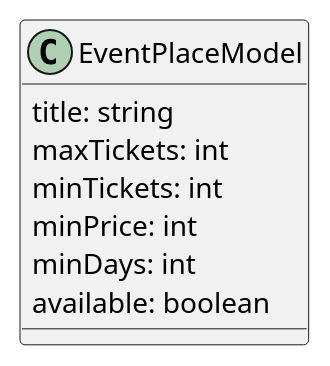
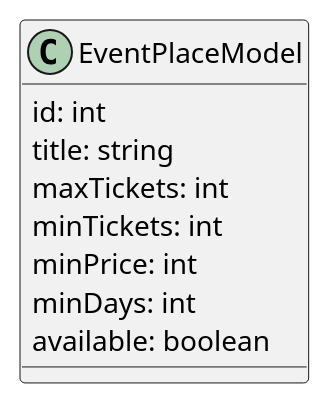
Before and after one commit to ai-shift/cyber-valley-tickets: diagram 23 of 26 in README.org, drawn with PlantUML. The commit also changed other lines of this file, not shown here.

Commit message:
add: Ids to event and place models

```diff
--- a/README.org
+++ b/README.org
@@ -856,10 +857,11 @@
 #+begin_src plantuml :file ./img/event-place.png
 class EventPlaceModel {
+  id: int
   title: string
   maxTickets: int
   minTickets: int
   minPrice: int
   minDays: int
   available: boolean
 }
 #+end_src
```
